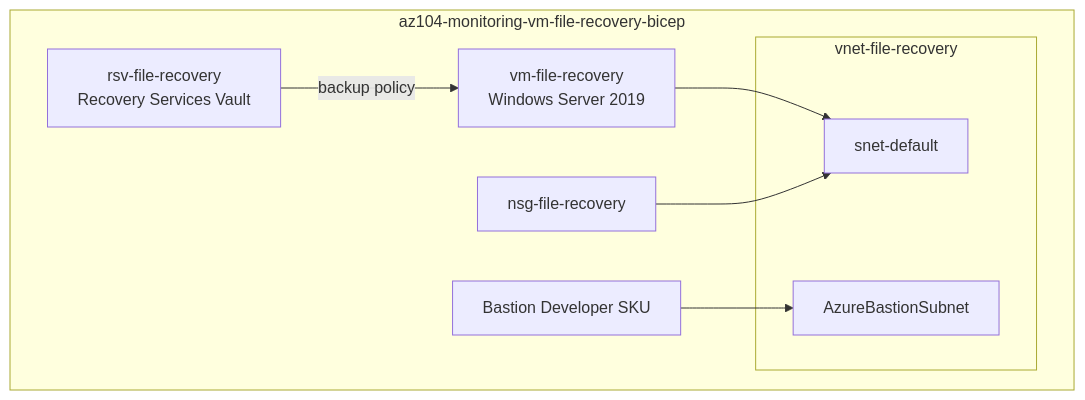
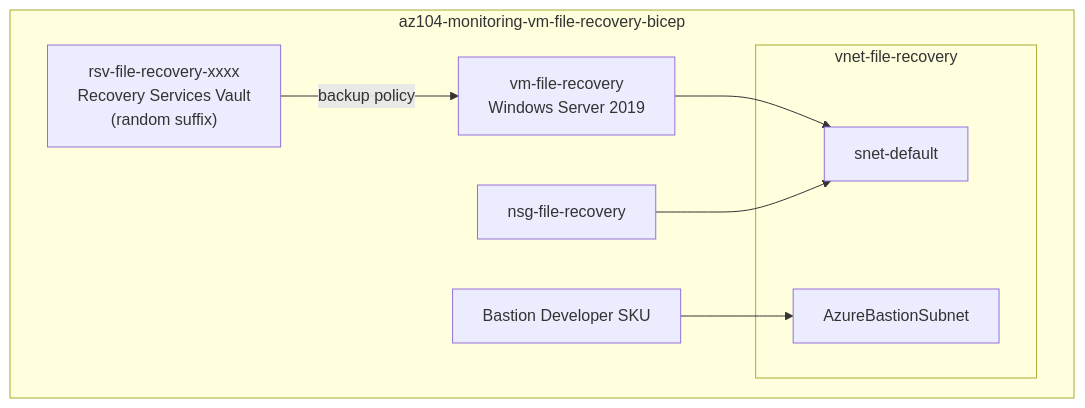
One commit to Greg-T8/LearningAzure changed the diagram in AZ-104/hands-on-labs/monitoring/lab-vm-file-recovery/README.md. Above: the diagram before and after it, drawn with Mermaid. The commit also changed other lines of this file and 6 other files, not shown here.

````diff
--- a/AZ-104/hands-on-labs/monitoring/lab-vm-file-recovery/README.md
+++ b/AZ-104/hands-on-labs/monitoring/lab-vm-file-recovery/README.md
@@ -40,18 +40,18 @@
 ```mermaid
 graph TD
     subgraph RG["az104-monitoring-vm-file-recovery-bicep"]
-        RSV["rsv-file-recovery<br/>Recovery Services Vault"]
+        RSV["rsv-file-recovery-xxxx<br/>Recovery Services Vault<br/>(random suffix)"]
         subgraph VNET["vnet-file-recovery"]
             SNET["snet-default"]
             BSNET["AzureBastionSubnet"]
         end
         NSG["nsg-file-recovery"]
         VM1["vm-file-recovery<br/>Windows Server 2019"]
         BAS["Bastion Developer SKU"]
     end
 
     RSV -->|backup policy| VM1
     VM1 --> SNET
     BAS --> BSNET
     NSG --> SNET
 ```
````
